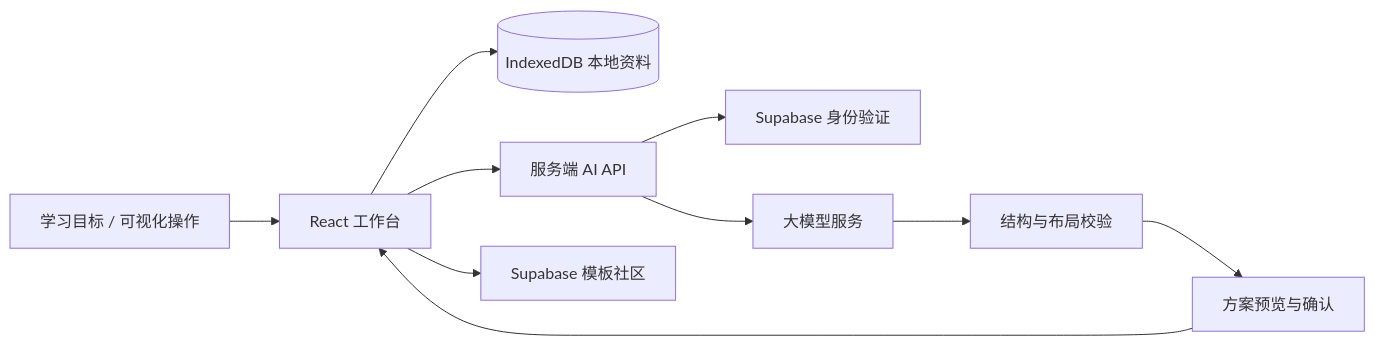
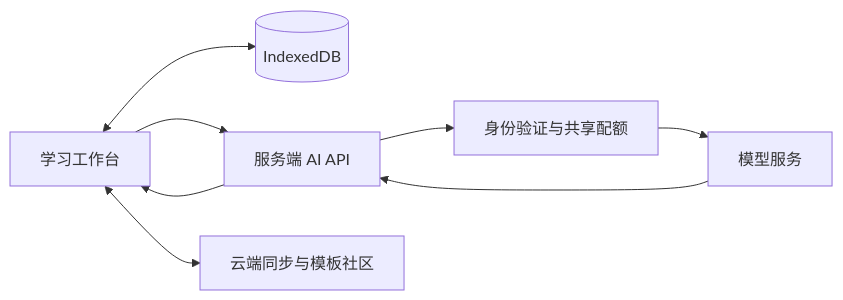
The diagram in README.md (XiaoLidan-lab/learnspace), drawn with Mermaid before and after one commit. The commit also changed other lines of this file and 1 other file, not shown here.

````diff
--- a/README.md
+++ b/README.md
@@ -147,12 +135,10 @@
 ```mermaid
 flowchart LR
-  User[学习目标 / 可视化操作] --> UI[React 工作台]
-  UI --> Local[(IndexedDB 本地资料)]
+  UI[学习工作台] <--> Local[(IndexedDB)]
   UI --> API[服务端 AI API]
-  API --> Auth[Supabase 身份验证]
-  API --> Model[大模型服务]
-  Model --> Validate[结构与布局校验]
-  Validate --> Preview[方案预览与确认]
-  Preview --> UI
-  UI --> Community[Supabase 模板社区]
+  API --> Guard[身份验证与共享配额]
+  Guard --> Model[模型服务]
+  Model --> API
+  API --> UI
+  UI <--> Cloud[云端同步与模板社区]
 ```
````
